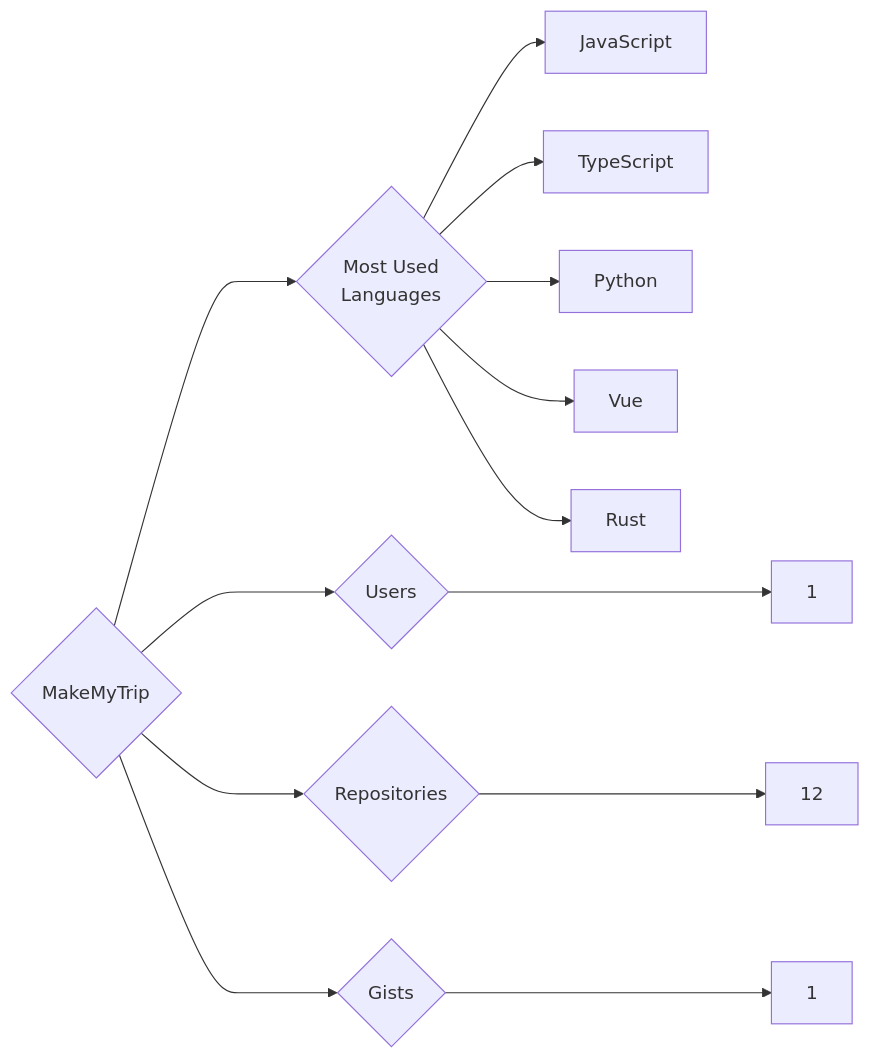
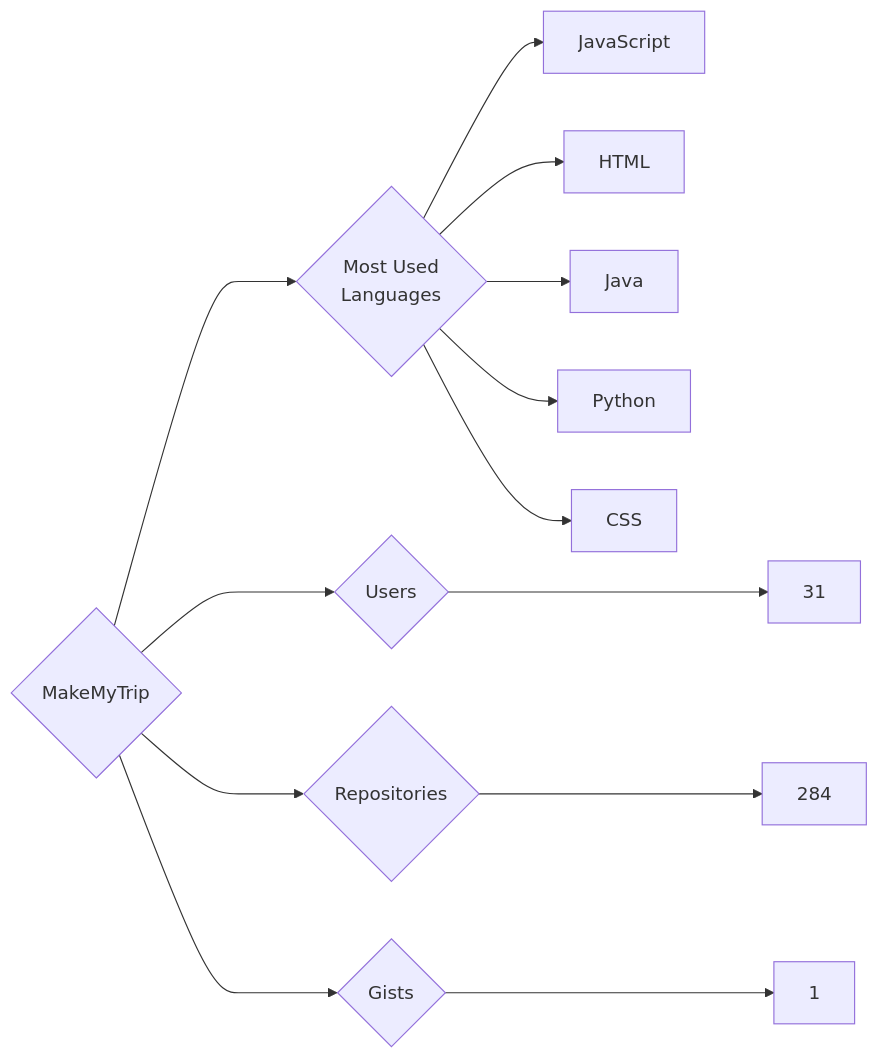
The diagram in targets/MakeMyTrip/README.md (trickest/insiders), drawn with Mermaid before and after one commit. The commit also changed 1084 other files, not shown here.

````diff
--- a/targets/MakeMyTrip/README.md
+++ b/targets/MakeMyTrip/README.md
@@ -3,13 +3,13 @@
 ```mermaid
 graph LR
 COMPANY_NAME{MakeMyTrip}
-COMPANY_NAME ---> U{Users} ---> UN[1]
-COMPANY_NAME ---> R{Repositories} ---> RN[12]
+COMPANY_NAME ---> U{Users} ---> UN[31]
+COMPANY_NAME ---> R{Repositories} ---> RN[284]
 COMPANY_NAME ---> G{Gists} ---> GN[1]
 COMPANY_NAME ---> ML{Most Used<br>Languages}
 ML --> JavaScript[JavaScript]
-ML --> TypeScript[TypeScript]
+ML --> HTML[HTML]
+ML --> Java[Java]
 ML --> Python[Python]
-ML --> Vue[Vue]
-ML --> Rust[Rust]
+ML --> CSS[CSS]
 ```
````
